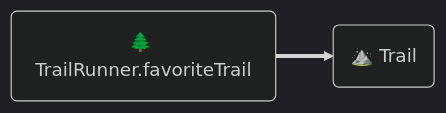
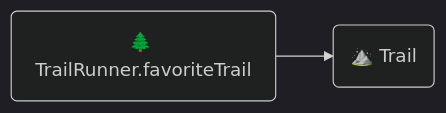
The diagram in guides/relationships.md (emberjs/data), drawn with Mermaid (dark theme) before and after one commit.

Commit message:
try another arrow

````diff
--- a/guides/relationships.md
+++ b/guides/relationships.md
@@ -56,4 +56,4 @@
 ```mermaid
 graph LR;
-  A(🌲 TrailRunner.favoriteTrail) ==> B(⛰️ Trail);
+  A(🌲 TrailRunner.favoriteTrail) --> B(⛰️ Trail);
 ```
````
